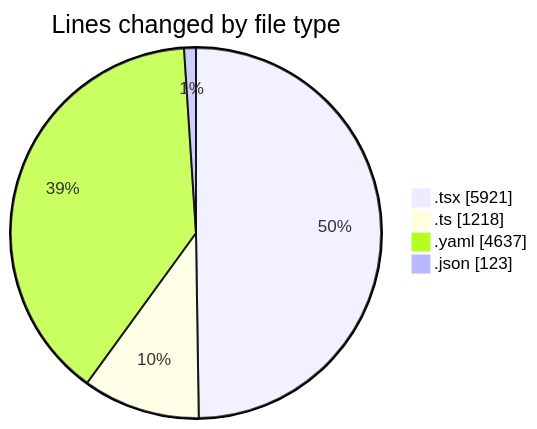
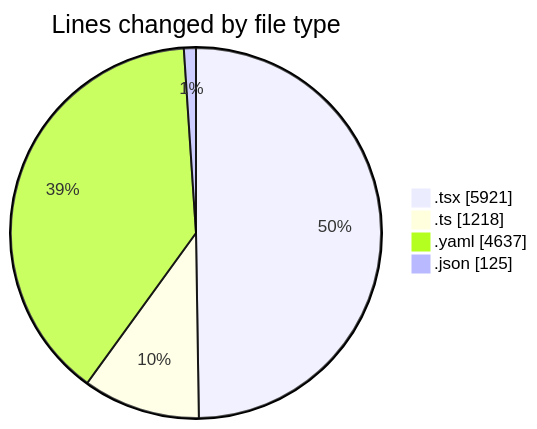
The first of 2 diagrams in 2025-10-13/eventscop-frontend-guide__workspace_/README.md (julien-gomy/code-tracking), drawn with Mermaid before and after one commit. The commit also changed other lines of this file and 1 other file, not shown here.

````diff
--- a/2025-10-13/eventscop-frontend-guide__workspace_/README.md
+++ b/2025-10-13/eventscop-frontend-guide__workspace_/README.md
@@ -55,8 +55,8 @@
 ```mermaid
 pie showData
 title Lines changed by file type
 ".tsx" : 5921
 ".ts" : 1218
 ".yaml" : 4637
-".json" : 123
+".json" : 125
 ```
````
